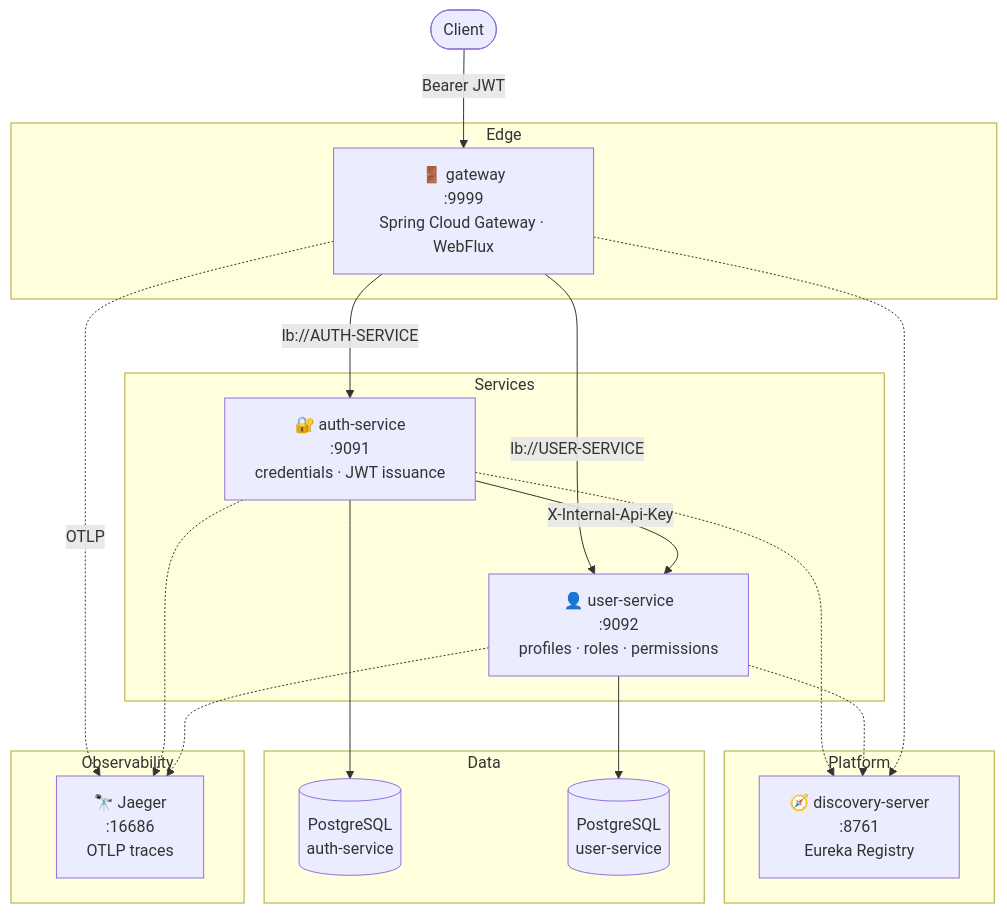
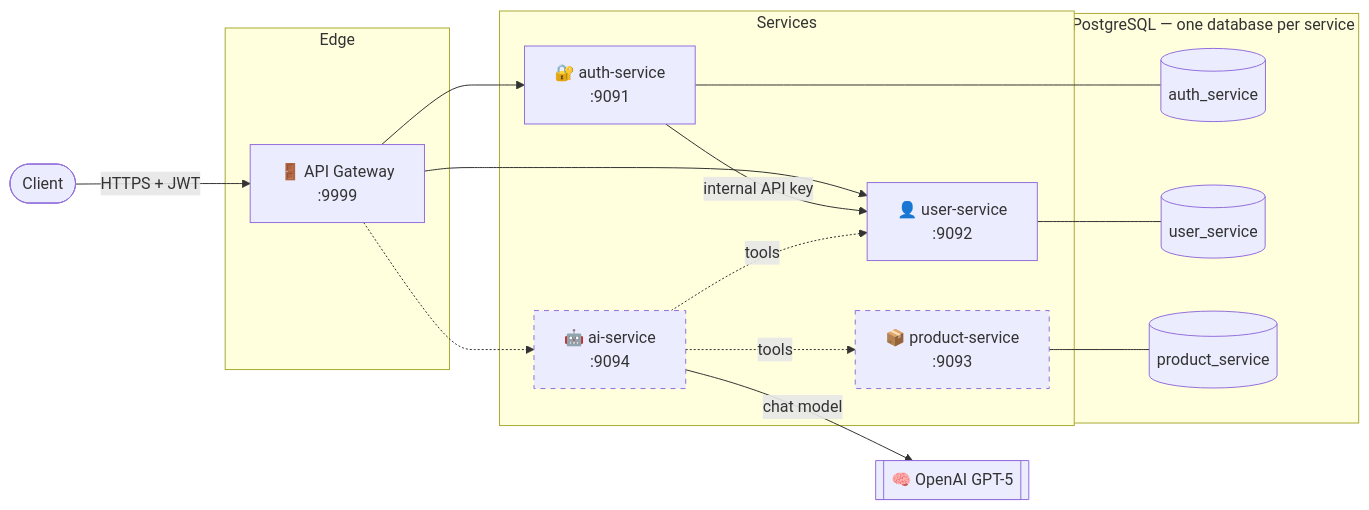
Before and after one commit to hayattarique/ecommerce-microservice: the diagram in README.md, drawn with Mermaid. The commit also changed other lines of this file and 11 other files, not shown here.

````diff
--- a/README.md
+++ b/README.md
@@ -27,41 +41,39 @@
 ```mermaid
-graph TB
+flowchart LR
     Client([Client])
 
     subgraph Edge
-        GW["🚪 gateway<br/>:9999<br/>Spring Cloud Gateway · WebFlux"]
-    end
-
-    subgraph Platform
-        EUREKA["🧭 discovery-server<br/>:8761<br/>Eureka Registry"]
+        GW["🚪 API Gateway<br/>:9999"]
     end
 
     subgraph Services
-        AUTH["🔐 auth-service<br/>:9091<br/>credentials · JWT issuance"]
-        USER["👤 user-service<br/>:9092<br/>profiles · roles · permissions"]
+        AUTH["🔐 auth-service<br/>:9091"]
+        USER["👤 user-service<br/>:9092"]
+        PROD["📦 product-service<br/>:9093"]
+        AI["🤖 ai-service<br/>:9094"]
     end
 
-    subgraph Data
-        AUTHDB[("PostgreSQL<br/>auth-service")]
-        USERDB[("PostgreSQL<br/>user-service")]
+    subgraph Data["PostgreSQL — one database per service"]
+        AUTHDB[("auth_service")]
+        USERDB[("user_service")]
+        PRODDB[("product_service")]
     end
 
-    subgraph Observability
-        JAEGER["🔭 Jaeger<br/>:16686<br/>OTLP traces"]
-    end
+    LLM[["🧠 OpenAI GPT-5"]]
 
-    Client -->|Bearer JWT| GW
-    GW -->|lb://AUTH-SERVICE| AUTH
-    GW -->|lb://USER-SERVICE| USER
-    AUTH -->|X-Internal-Api-Key| USER
-    AUTH --> AUTHDB
-    USER --> USERDB
+    Client -->|"HTTPS + JWT"| GW
+    GW --> AUTH
+    GW --> USER
+    GW -.-> AI
+    AUTH -->|"internal API key"| USER
+    AI -->|"chat model"| LLM
+    AI -.->|"tools"| USER
+    AI -.->|"tools"| PROD
 
-    AUTH -.-> EUREKA
-    USER -.-> EUREKA
-    GW -.-> EUREKA
+    AUTH --- AUTHDB
+    USER --- USERDB
+    PROD --- PRODDB
 
-    GW -.->|OTLP| JAEGER
-    AUTH -.-> JAEGER
-    USER -.-> JAEGER
+    classDef wip stroke-dasharray: 5 5
+    class PROD,AI wip
 ```
````
